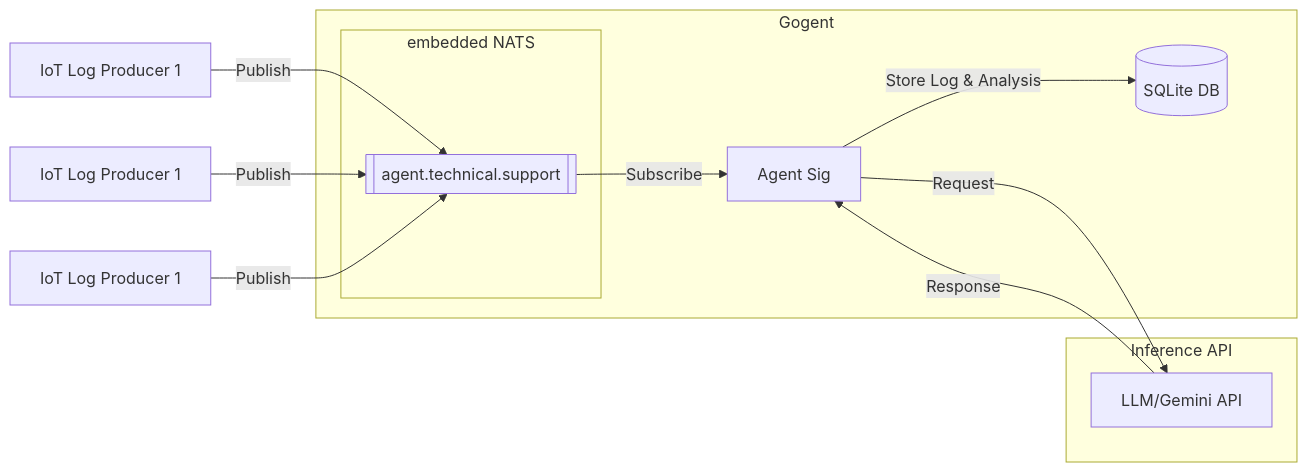
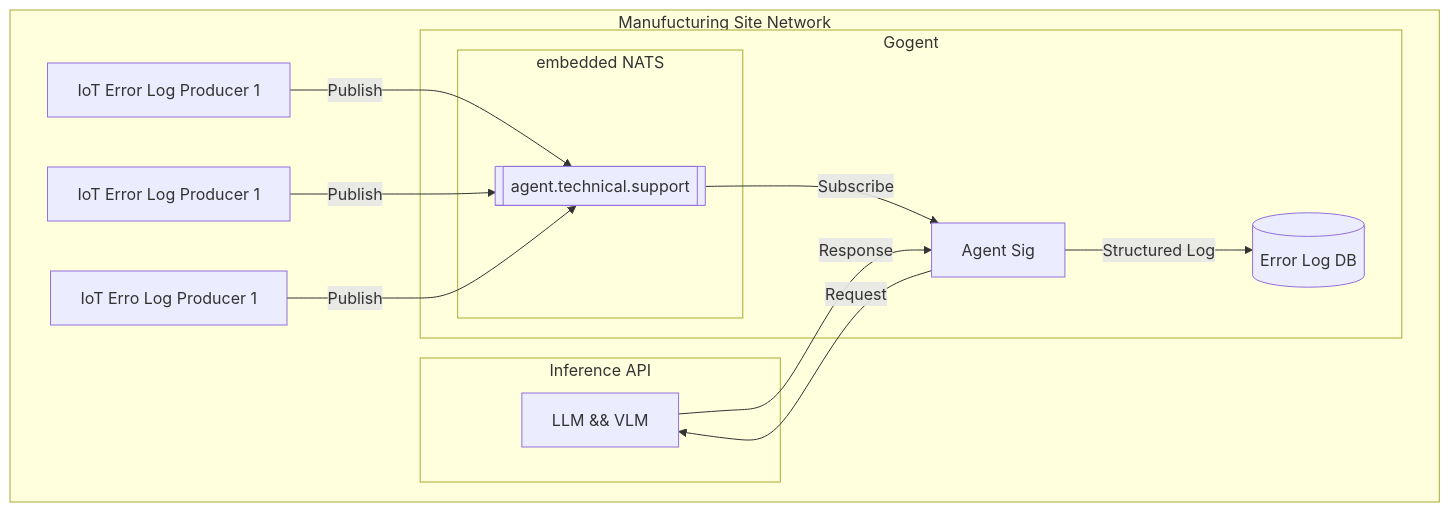
Before and after one commit to tobalo/gogent: the diagram in README.md, drawn with Mermaid.

Commit message:
design: add edge network box

````diff
--- a/README.md
+++ b/README.md
@@ -14,19 +14,21 @@
 ```mermaid
-flowchart LR
-    S[IoT Log Producer 1] -->|Publish| Z
-    T[IoT Log Producer 1] -->|Publish| Z
-    Y[IoT Log Producer 1] -->|Publish| Z
+flowchart
+subgraph Manufucturing Site Network
+    S[IoT Error Log Producer 1] -->|Publish| Z
+    T[IoT Error Log Producer 1] -->|Publish| Z
+    Y[IoT Erro Log Producer 1] -->|Publish| Z
     subgraph Gogent
         subgraph embedded NATS
             Z[[agent.technical.support]]
 
         end
         Z -->|Subscribe| A[Agent Sig]
-        E[(SQLite DB)]
-        A --> |Store Log & Analysis| E
+        E[(Error Log DB)]
+        A --> |Structured Log| E
     end
     subgraph Inference API
-        A -->|Request| L[LLM/Gemini API]
+        A -->|Request| L[LLM && VLM]
         L -->|Response| A
     end
+end
 ```
````
